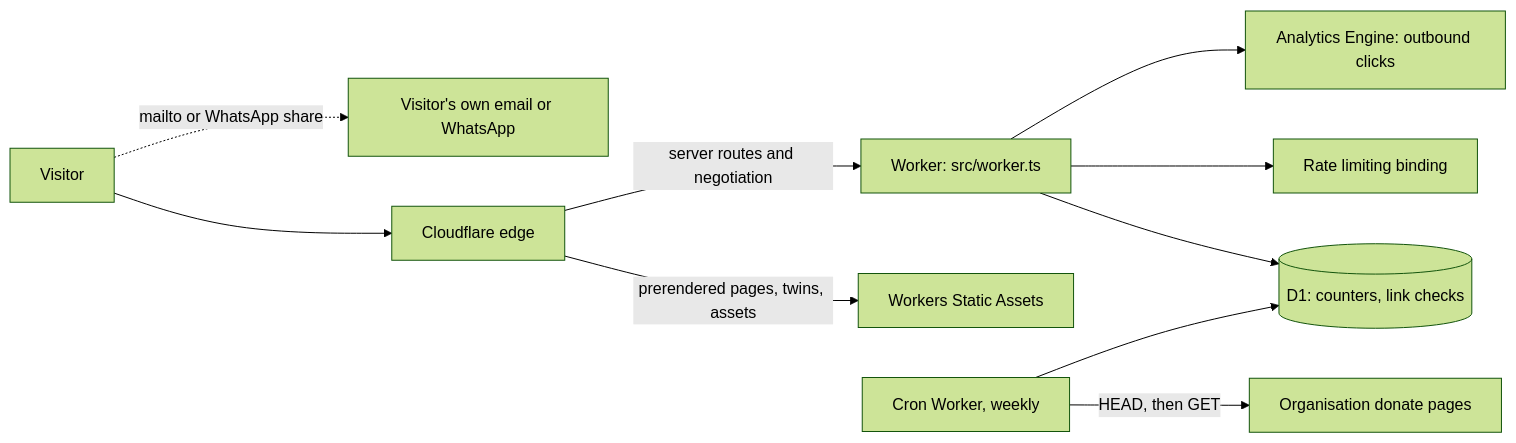
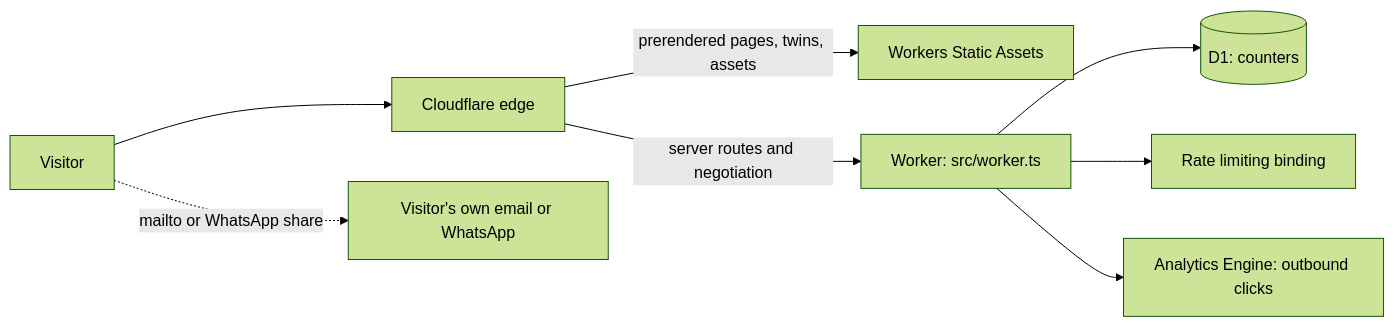
Before and after one commit to mooship/cubaactiondesk: the diagram in docs/ARCHITECTURE.md, drawn with Mermaid (forest theme). The commit also changed other lines of this file and 36 other files, not shown here.

First line of the commit message:
refactor!: remove the link checker Worker and the link-status feature

````diff
--- a/docs/ARCHITECTURE.md
+++ b/docs/ARCHITECTURE.md
@@ -17,12 +17,10 @@
 ```mermaid
 flowchart LR
   V[Visitor] --> CF[Cloudflare edge]
   CF -->|prerendered pages, twins, assets| A[Workers Static Assets]
   CF -->|server routes and negotiation| W[Worker: src/worker.ts]
-  W --> D1[(D1: counters, link checks)]
+  W --> D1[(D1: counters)]
   W --> RL[Rate limiting binding]
   W --> AE[Analytics Engine: outbound clicks]
-  CRON[Cron Worker, weekly] -->|HEAD, then GET| ORG[Organisation donate pages]
-  CRON --> D1
   V -.->|mailto or WhatsApp share| OWN[Visitor's own email or WhatsApp]
 ```
````
